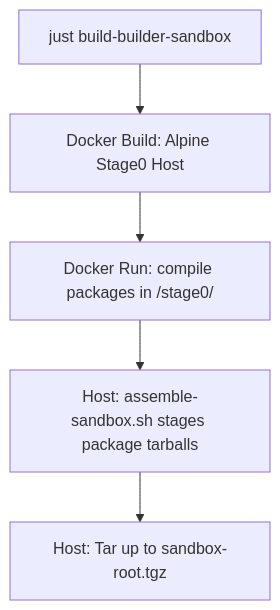
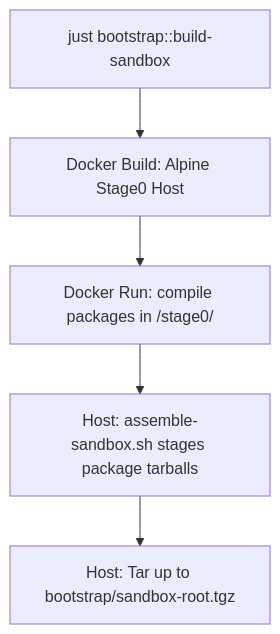
Before and after one commit to freeside-os/docs: the diagram in specifications/bootstrapping_sandbox.md, drawn with Mermaid. The commit also changed other lines of this file and 4 other files, not shown here.

````diff
--- a/specifications/bootstrapping_sandbox.md
+++ b/specifications/bootstrapping_sandbox.md
@@ -15,7 +15,7 @@
 ```mermaid
 graph TD
-    A[just build-builder-sandbox] --> B[Docker Build: Alpine Stage0 Host]
+    A[just bootstrap::build-sandbox] --> B[Docker Build: Alpine Stage0 Host]
     B --> C[Docker Run: compile packages in /stage0/]
     C --> D[Host: assemble-sandbox.sh stages package tarballs]
-    D --> E[Host: Tar up to sandbox-root.tgz]
+    D --> E[Host: Tar up to bootstrap/sandbox-root.tgz]
 ```
````
